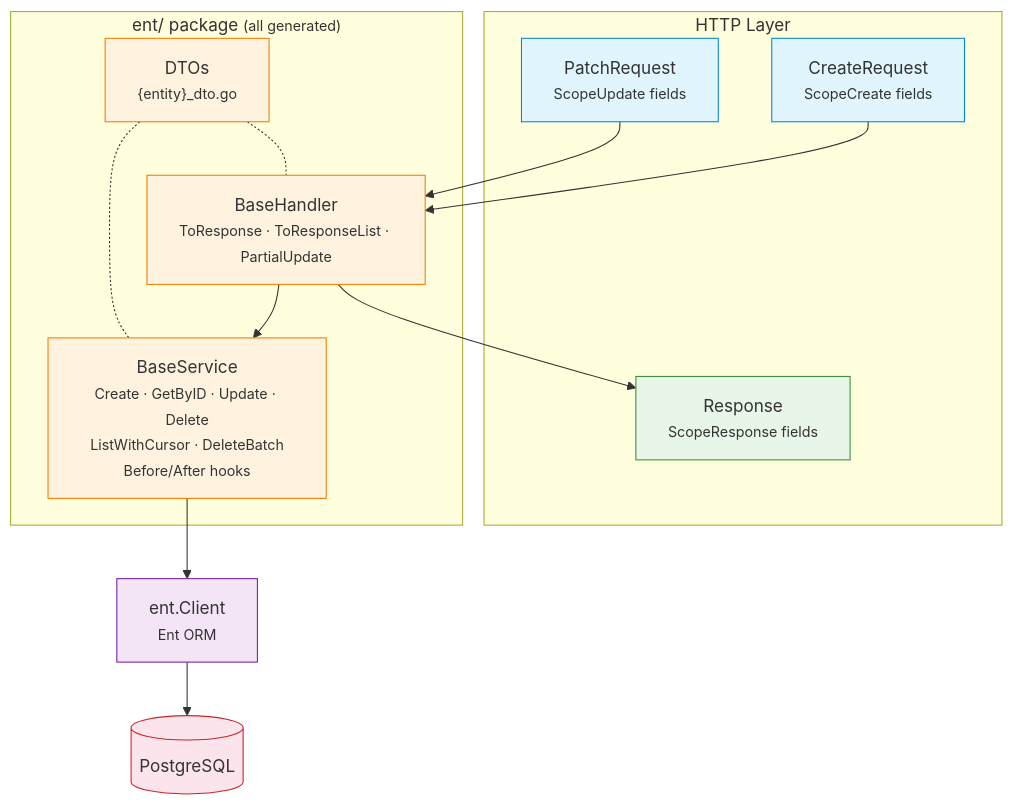
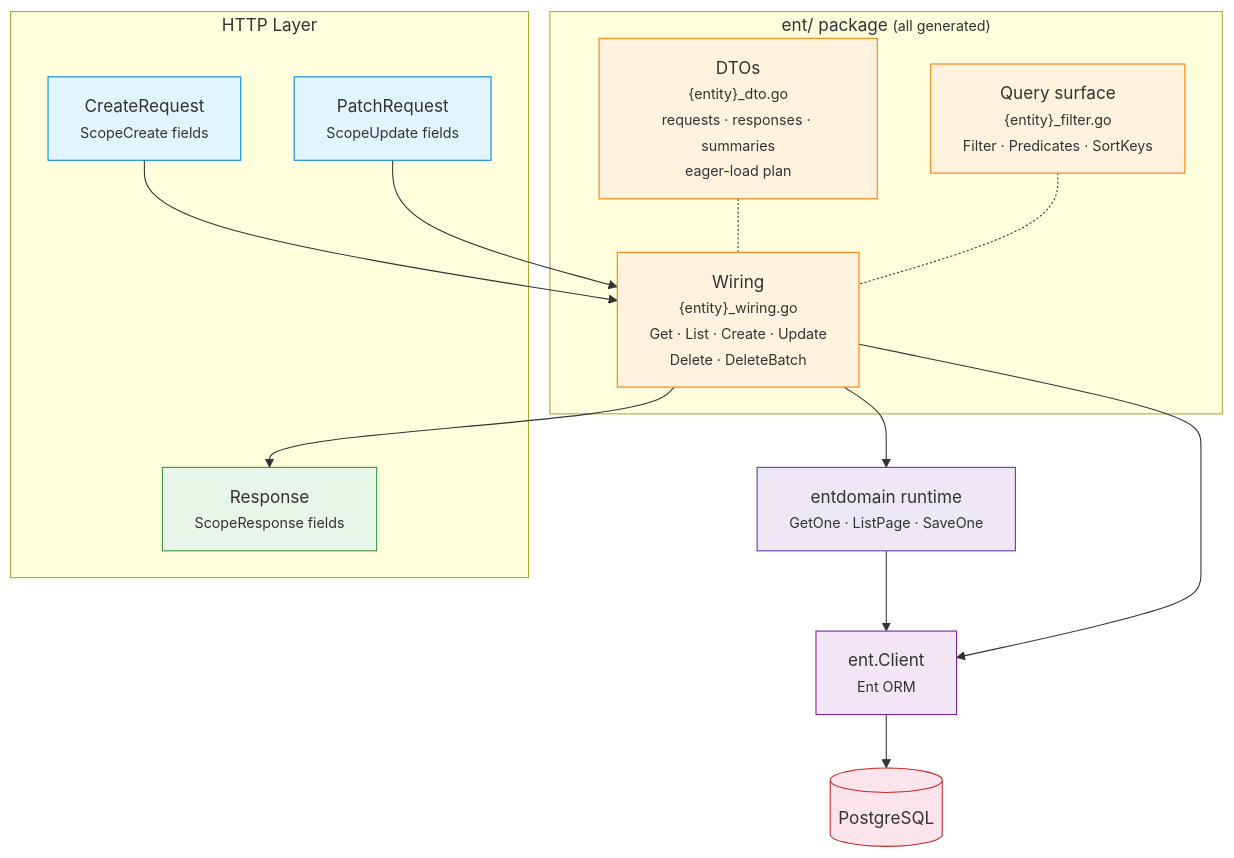
Before and after one commit to githonllc/entapi: the diagram in README.md, drawn with Mermaid. The commit also changed other lines of this file and 123 other files, not shown here.

````diff
--- a/README.md
+++ b/README.md
@@ -420,35 +420,38 @@
 ```mermaid
 graph TD
     subgraph "HTTP Layer"
         CR["CreateRequest<br/><small>ScopeCreate fields</small>"]
         UR["PatchRequest<br/><small>ScopeUpdate fields</small>"]
         RS["Response<br/><small>ScopeResponse fields</small>"]
     end
 
     subgraph "ent/ package <small>(all generated)</small>"
-        BH["BaseHandler<br/><small>ToResponse · ToResponseList · PartialUpdate</small>"]
-        BS["BaseService<br/><small>Create · GetByID · Update · Delete<br/>ListWithCursor · DeleteBatch<br/>Before/After hooks</small>"]
-        DTO["DTOs<br/><small>{entity}_dto.go</small>"]
+        DTO["DTOs<br/><small>{entity}_dto.go<br/>requests · responses · summaries<br/>eager-load plan</small>"]
+        FLT["Query surface<br/><small>{entity}_filter.go<br/>Filter · Predicates · SortKeys</small>"]
+        WIR["Wiring<br/><small>{entity}_wiring.go<br/>Get · List · Create · Update<br/>Delete · DeleteBatch</small>"]
     end
 
+    RT["entdomain runtime<br/><small>GetOne · ListPage · SaveOne</small>"]
     EC["ent.Client<br/><small>Ent ORM</small>"]
     DB[("PostgreSQL")]
 
-    CR --> BH
-    UR --> BH
-    BH --> RS
-    BH --> BS
-    BS --> EC
+    CR --> WIR
+    UR --> WIR
+    WIR --> RS
+    DTO -.- WIR
+    FLT -.- WIR
+    WIR --> RT
+    RT --> EC
+    WIR --> EC
     EC --> DB
-    DTO -.- BH
-    DTO -.- BS
 
     style CR fill:#e1f5fe,stroke:#0288d1
     style UR fill:#e1f5fe,stroke:#0288d1
     style RS fill:#e8f5e9,stroke:#388e3c
-    style BH fill:#fff3e0,stroke:#f57c00
-    style BS fill:#fff3e0,stroke:#f57c00
     style DTO fill:#fff3e0,stroke:#f57c00
+    style FLT fill:#fff3e0,stroke:#f57c00
+    style WIR fill:#fff3e0,stroke:#f57c00
+    style RT fill:#ede7f6,stroke:#5e35b1
     style EC fill:#f3e5f5,stroke:#7b1fa2
     style DB fill:#fce4ec,stroke:#c62828
 ```
````
